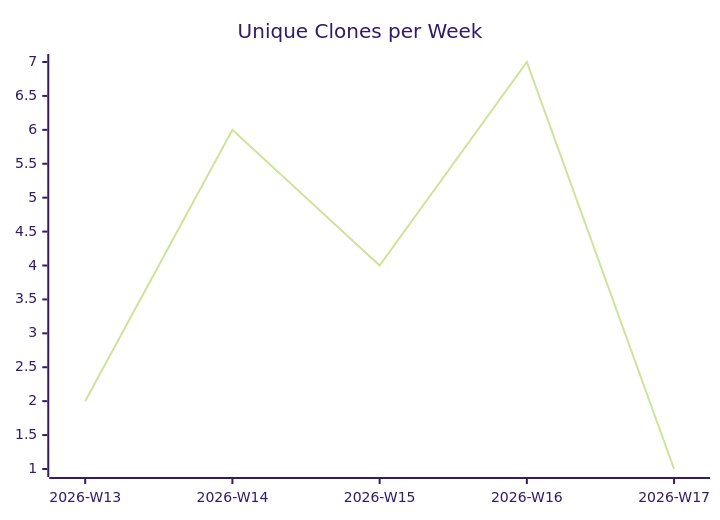
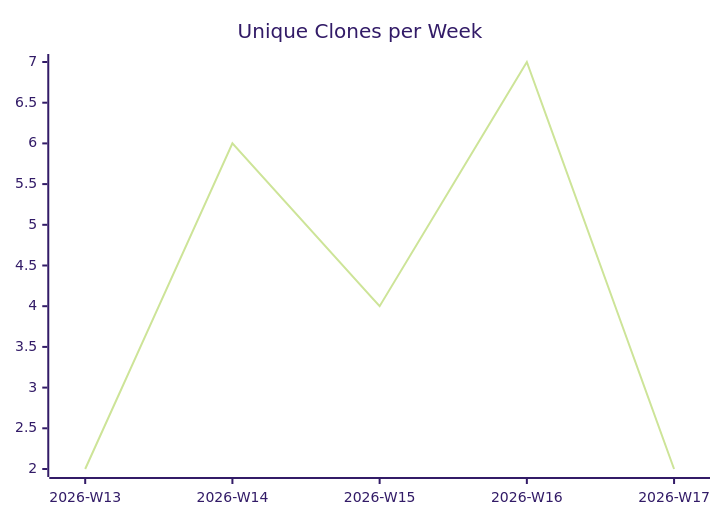
Before and after one commit to justdavis-family/github-analytics-data: the third of 3 diagrams in karlmdavis/obsidian-operator/README.md, drawn with Mermaid (forest theme). The commit also changed other lines of this file and 197 other files, not shown here.

````diff
--- a/karlmdavis/obsidian-operator/README.md
+++ b/karlmdavis/obsidian-operator/README.md
@@ -19,6 +19,6 @@
 ```mermaid
 xychart-beta
   title "Unique Clones per Week"
   x-axis ["2026-W13", "2026-W14", "2026-W15", "2026-W16", "2026-W17"]
-  line [2, 6, 4, 7, 1]
+  line [2, 6, 4, 7, 2]
 ```
````
